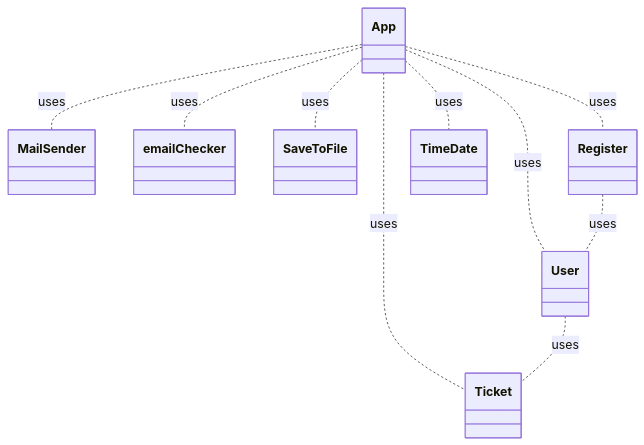
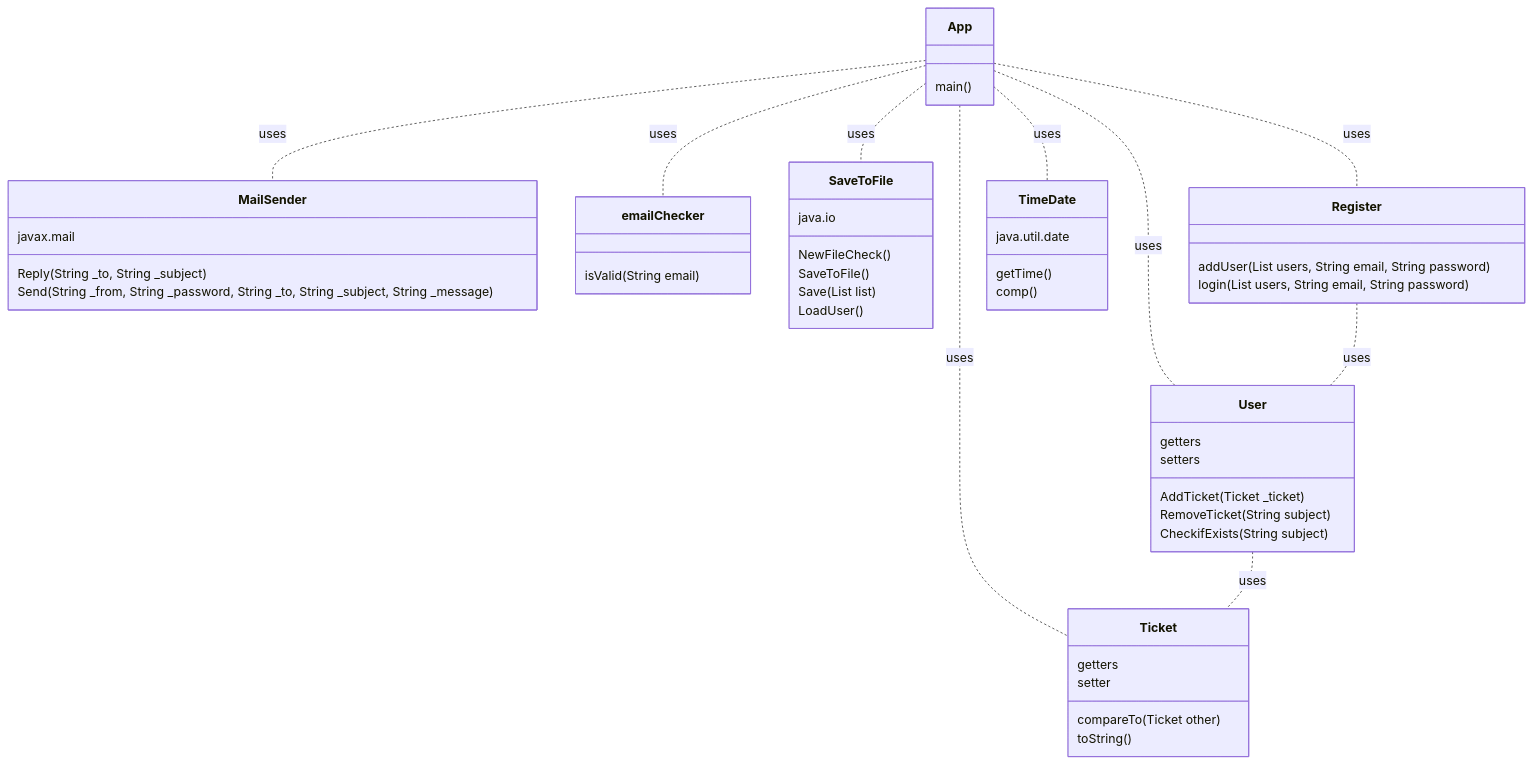
Before and after one commit to Dominik-Sefr/2122ALG2-sefr-helpdesk: the diagram in README.MD, drawn with Mermaid. The commit also changed other lines of this file and 20 other files, not shown here.

````diff
--- a/README.MD
+++ b/README.MD
@@ -30,22 +32,54 @@
 ```mermaid
 classDiagram
-    class MailSender
-    class Ticket
-    class emailChecker
-    class App
-    class SaveToFile
-    class Register
-    class TimeDate
-    class User
+    class MailSender{
+      Reply(String _to, String _subject)
+      Send(String _from, String _password, String _to, String _subject, String _message)
+      javax.mail
+    }
+    class Ticket{
+      getters
+      setter
+      compareTo(Ticket other)
+      toString()  
+    }
+    class emailChecker{
+      isValid(String email)
+    }
+    class App{
+      main()
+    }
+    class SaveToFile{
+      java.io
+      NewFileCheck()
+      SaveToFile()
+      Save(List<User> list)
+      LoadUser()
+    }
+    class Register{
+      addUser(List<User> users, String email, String password)
+      login(List<User> users, String email, String password)
+    }
+    class TimeDate{
+      java.util.date
+      getTime()
+      comp()
+    }
+    class User{
+      AddTicket(Ticket _ticket)
+      getters
+      setters
+      RemoveTicket(String subject)
+      CheckifExists(String subject)
+    }
 
     App .. MailSender : uses
     App .. emailChecker : uses
     App .. SaveToFile : uses
     App .. Register : uses
     App .. TimeDate : uses
     App .. Ticket : uses
     App .. User : uses
     Register .. User : uses
     User .. Ticket : uses
     
 ```
````
